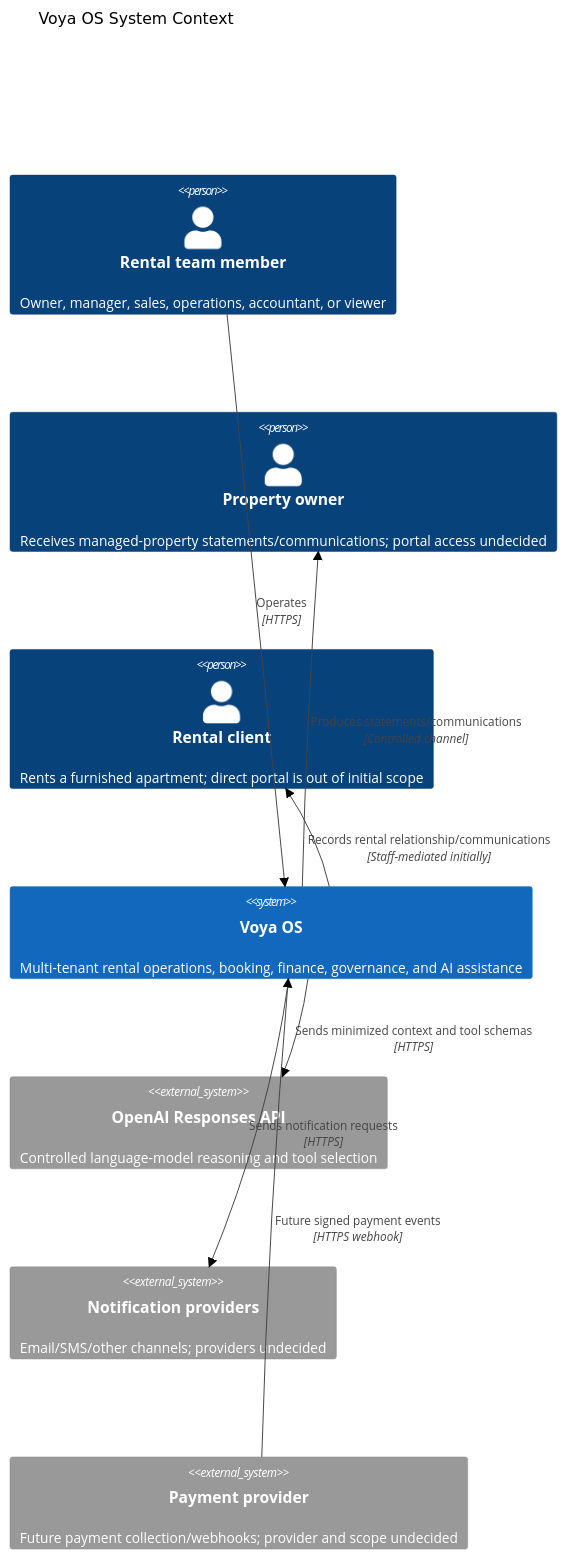
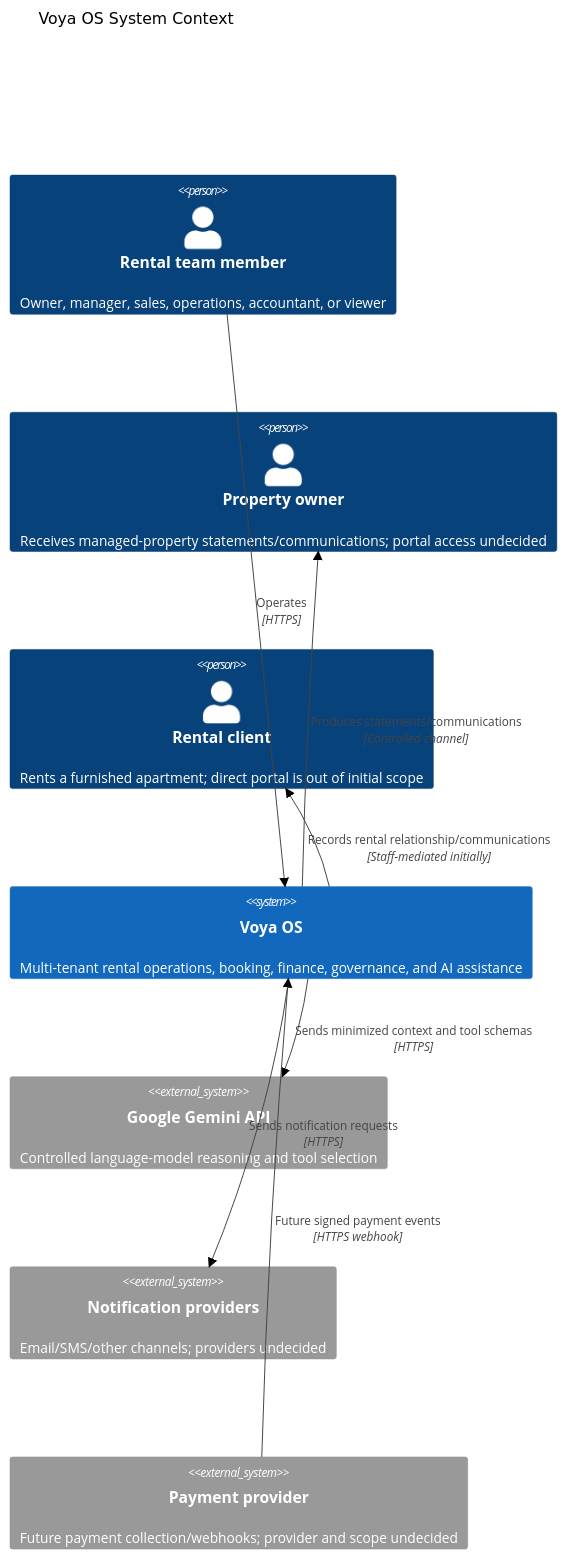
The first of 5 diagrams in docs/ARCHITECTURE.md (Mina-Sayed/voya-os), drawn with Mermaid (forest theme) before and after one commit. The commit also changed other lines of this file and 16 other files, not shown here.

````diff
--- a/docs/ARCHITECTURE.md
+++ b/docs/ARCHITECTURE.md
@@ -31,17 +31,17 @@
 ```mermaid
 C4Context
   title Voya OS System Context
   Person(staff, "Rental team member", "Owner, manager, sales, operations, accountant, or viewer")
   Person(propertyOwner, "Property owner", "Receives managed-property statements/communications; portal access undecided")
   Person(client, "Rental client", "Rents a furnished apartment; direct portal is out of initial scope")
   System(voya, "Voya OS", "Multi-tenant rental operations, booking, finance, governance, and AI assistance")
-  System_Ext(openai, "OpenAI Responses API", "Controlled language-model reasoning and tool selection")
+  System_Ext(gemini, "Google Gemini API", "Controlled language-model reasoning and tool selection")
   System_Ext(notify, "Notification providers", "Email/SMS/other channels; providers undecided")
   System_Ext(payment, "Payment provider", "Future payment collection/webhooks; provider and scope undecided")
   Rel(staff, voya, "Operates", "HTTPS")
   Rel(voya, propertyOwner, "Produces statements/communications", "Controlled channel")
   Rel(voya, client, "Records rental relationship/communications", "Staff-mediated initially")
-  Rel(voya, openai, "Sends minimized context and tool schemas", "HTTPS")
+  Rel(voya, gemini, "Sends minimized context and tool schemas", "HTTPS")
   Rel(voya, notify, "Sends notification requests", "HTTPS")
   Rel(payment, voya, "Future signed payment events", "HTTPS webhook")
 ```
````
